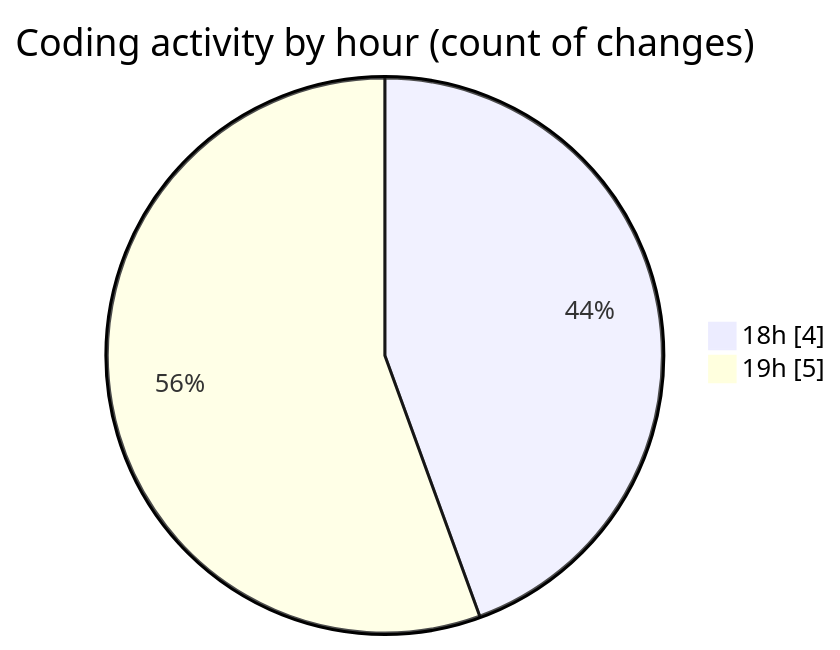
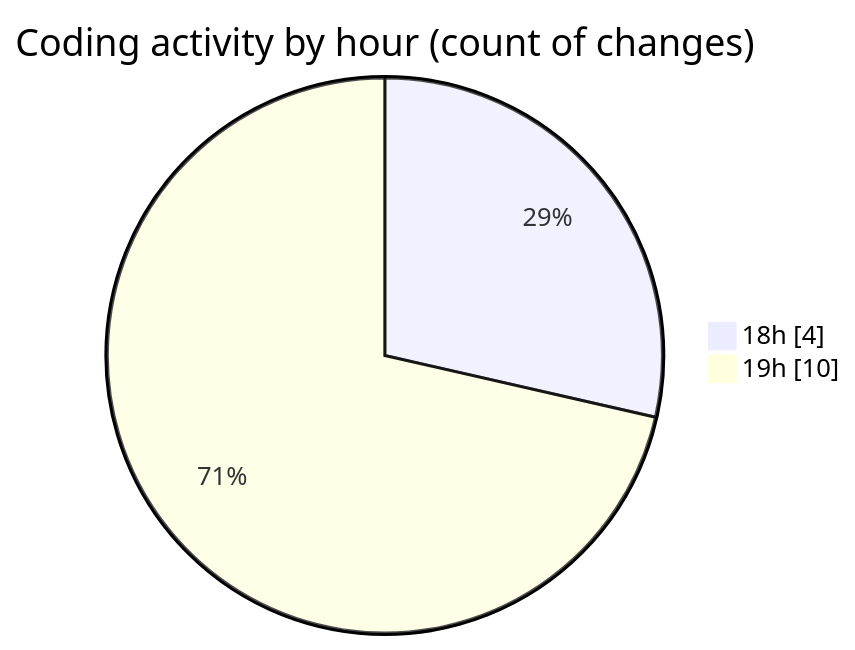
Before and after one commit to Ritupan-Deka/code-tracking: the second of 2 diagrams in 2025-01-25/desktop/README.md, drawn with Mermaid. The commit also changed other lines of this file and 1 other file, not shown here.

````diff
--- a/2025-01-25/desktop/README.md
+++ b/2025-01-25/desktop/README.md
@@ -28,6 +28,6 @@
 ```mermaid
 pie showData
 title Coding activity by hour (count of changes)
 "18h" : 4
-"19h" : 5
+"19h" : 10
 ```
````
